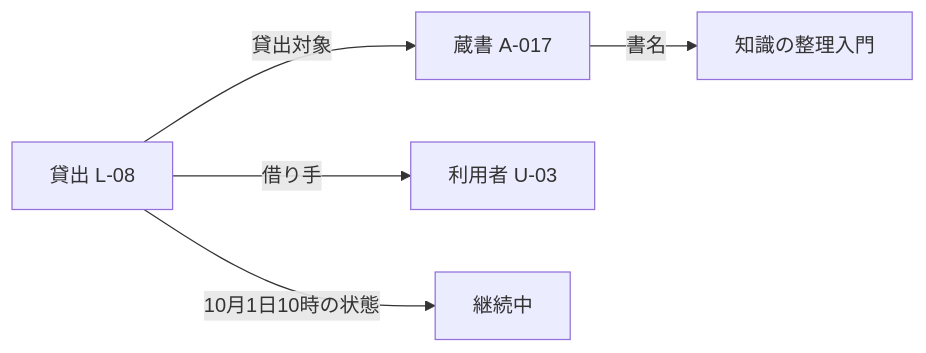
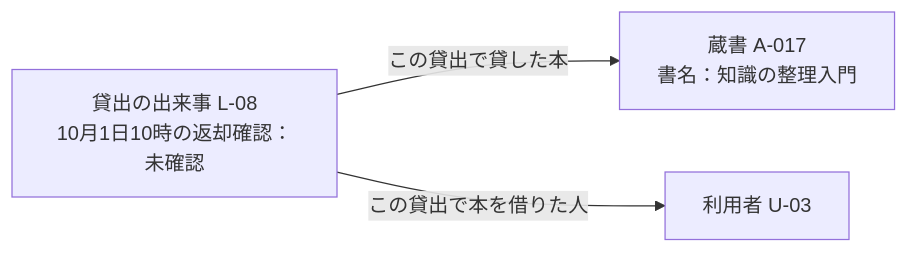
Before and after one commit to d-tsu/learn-knowledge-graph: the diagram in docs/chapters/01-knowledge-representation.md, drawn with Mermaid. The commit also changed other lines of this file and 31 other files, not shown here.

````diff
--- a/docs/chapters/01-knowledge-representation.md
+++ b/docs/chapters/01-knowledge-representation.md
@@ -52,7 +69,5 @@
 ```mermaid
 flowchart LR
-  L[貸出 L-08] -->|貸出対象| B[蔵書 A-017]
-  L -->|借り手| U[利用者 U-03]
-  L -->|10月1日10時の状態| S[継続中]
-  B -->|書名| T[知識の整理入門]
+  L["貸出の出来事 L-08<br/>10月1日10時の返却確認：未確認"] -->|この貸出で貸した本| B["蔵書 A-017<br/>書名：知識の整理入門"]
+  L -->|この貸出で本を借りた人| U[利用者 U-03]
 ```
````
